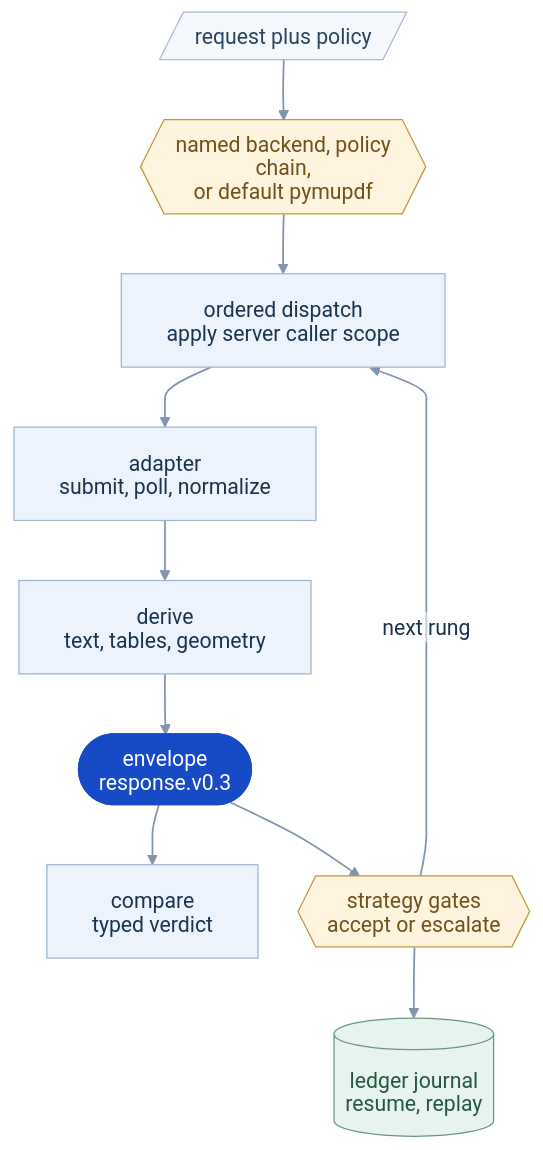
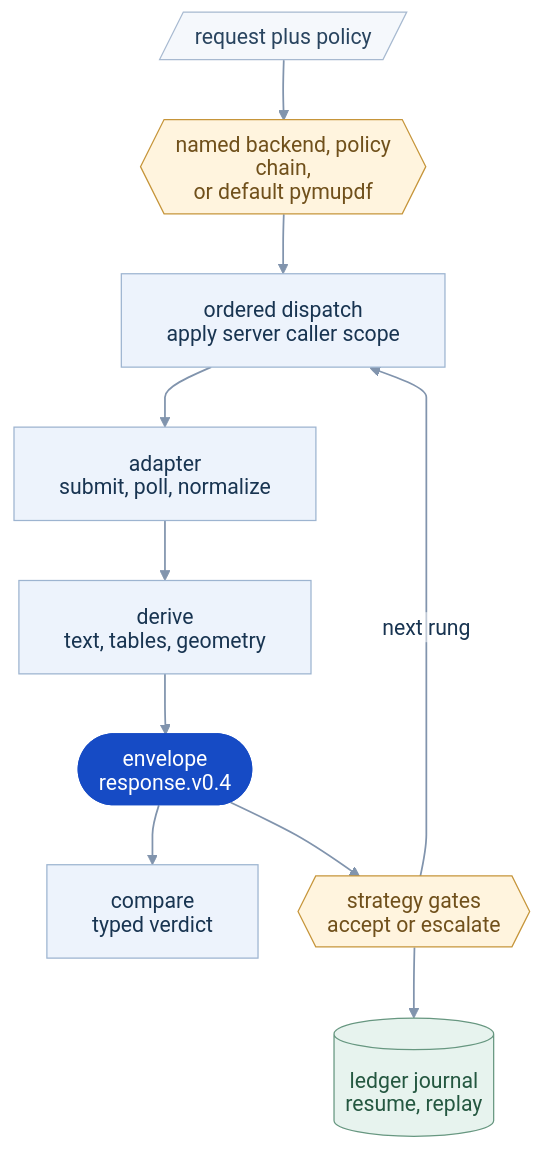
One commit to openreading-ai/openreading-core changed the diagram in src/openreading/README.md. Above: the diagram before and after it, drawn with Mermaid. The commit also changed other lines of this file and 50 other files, not shown here.

````diff
--- a/src/openreading/README.md
+++ b/src/openreading/README.md
@@ -90,22 +90,22 @@
 ```mermaid
 %%{init: {"theme":"base","fontFamily":"Arial","deterministicIds":true,"deterministicIDSeed":"openreading","htmlLabels":false,"themeVariables":{"fontFamily":"Arial","fontSize":"17px","lineColor":"#8194ad","textColor":"#183451","primaryTextColor":"#183451","primaryColor":"#edf3fc","primaryBorderColor":"#9db4d0","edgeLabelBackground":"#ffffff","clusterBkg":"#f5f8fc","clusterBorder":"#d7e1ee","titleColor":"#183451","actorBkg":"#edf3fc","actorBorder":"#9db4d0","actorTextColor":"#183451","actorLineColor":"#9db4d0","signalColor":"#527095","signalTextColor":"#183451","labelBoxBkgColor":"#fff4de","labelBoxBorderColor":"#c6953a","labelTextColor":"#70501b","loopTextColor":"#527095","noteBkgColor":"#edf3fc","noteBorderColor":"#9db4d0","noteTextColor":"#183451","sequenceNumberColor":"#ffffff","activationBkgColor":"#e7f3ee","activationBorderColor":"#679780"},"flowchart":{"curve":"monotoneY","nodeSpacing":32,"rankSpacing":48,"padding":18,"useMaxWidth":true},"sequence":{"useMaxWidth":true,"actorMargin":65,"messageMargin":38,"mirrorActors":false}}}%%
 flowchart TD
   Q[/"request plus policy"/]:::src --> R1{{"named backend, policy chain,<br>or default pymupdf"}}:::gate
   R1 --> R2["ordered dispatch<br>apply server caller scope"]:::work
   R2 --> AD["adapter<br>submit, poll, normalize"]:::work
   AD --> DV["derive<br>text, tables, geometry"]:::work
-  DV --> EN(["envelope<br>response.v0.3"]):::hero
+  DV --> EN(["envelope<br>response.v0.4"]):::hero
   EN --> CP["compare<br>typed verdict"]:::out
   EN --> ST{{"strategy gates<br>accept or escalate"}}:::gate
   ST -- "next rung" --> R2
   ST --> LG[("ledger journal<br>resume, replay")]:::store
   classDef src fill:#f5f8fc,stroke:#a7b9d0,stroke-width:1px,color:#29445f;
   classDef work fill:#edf3fc,stroke:#9db4d0,stroke-width:1px,color:#183451;
   classDef gate fill:#fff4de,stroke:#c6953a,stroke-width:1px,color:#70501b;
   classDef good fill:#e7f3ee,stroke:#679780,stroke-width:1px,color:#245740;
   classDef bad fill:#fbeeee,stroke:#c78686,stroke-width:1px,color:#803d3d;
   classDef store fill:#e7f3ee,stroke:#679780,stroke-width:1px,color:#245740;
   classDef out fill:#edf3fc,stroke:#9db4d0,stroke-width:1px,color:#183451;
   classDef hero fill:#164bc5,stroke:#164bc5,stroke-width:1px,color:#ffffff;
   linkStyle default stroke-width:1.4px;
 ```
````
